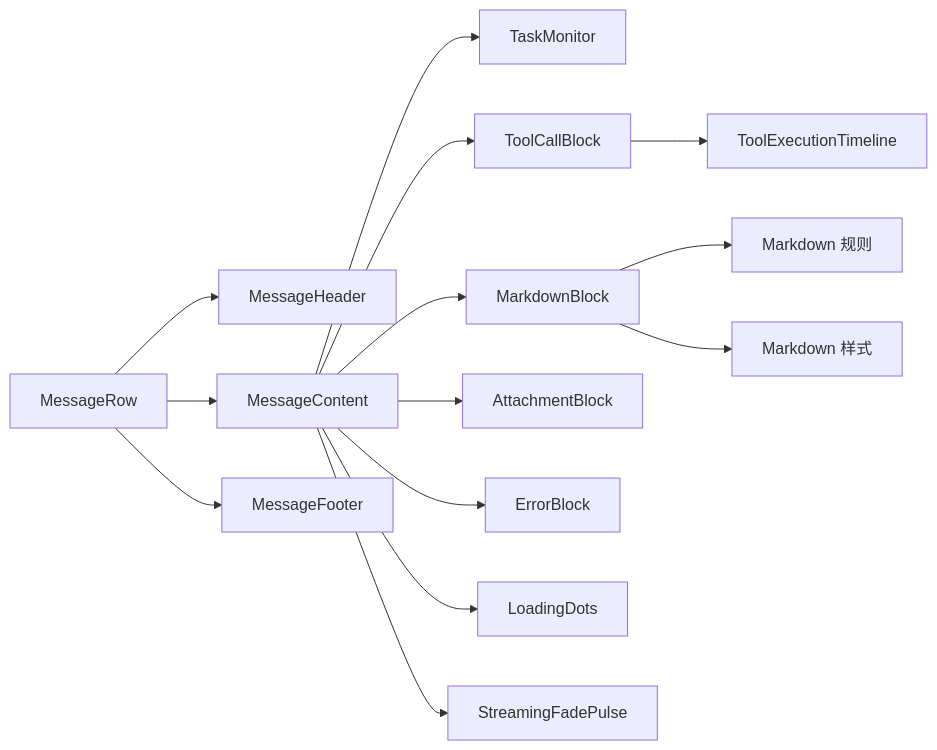
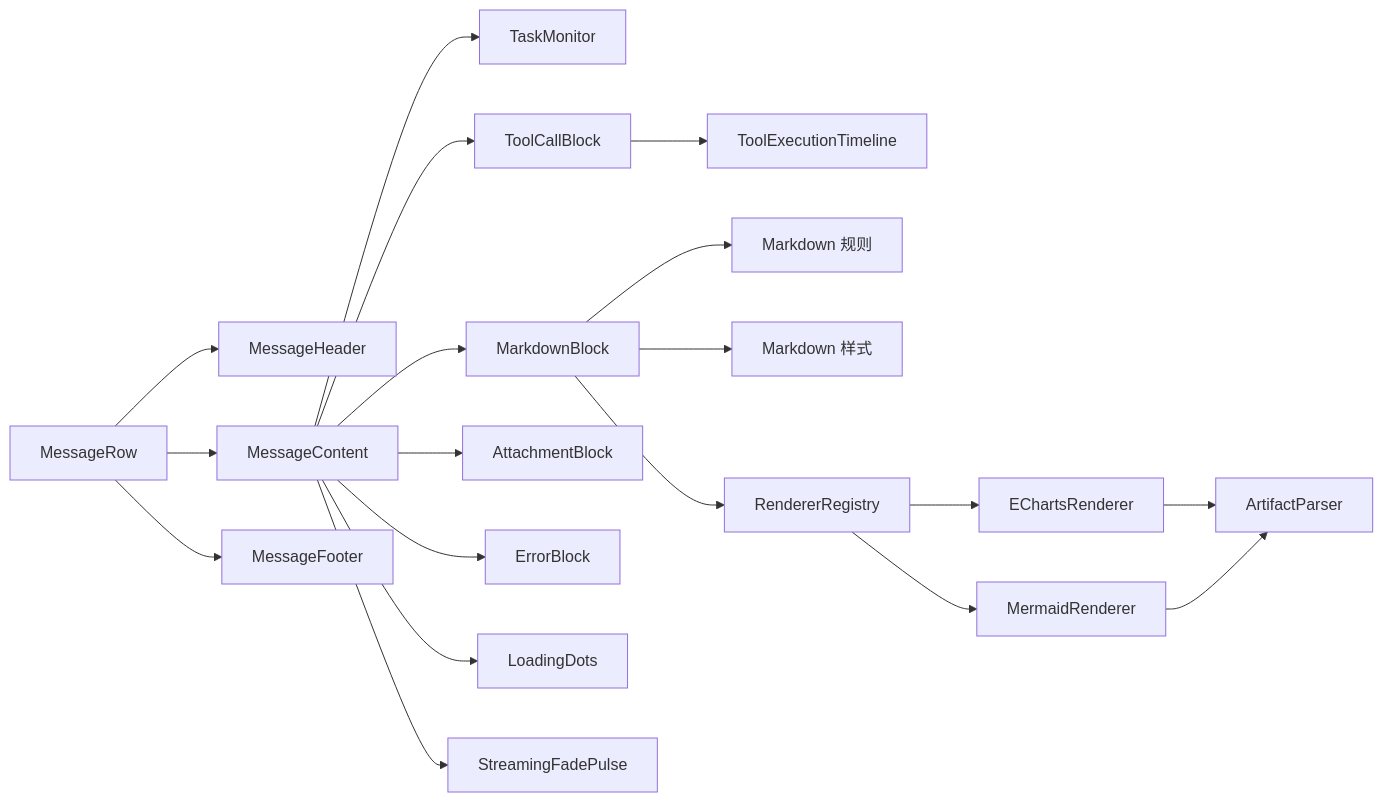
Before and after one commit to NarcisWL/Nexara: the tenth of 11 diagrams in .qoder/repowiki/zh/content/UI组件系统/聊天组件.md, drawn with Mermaid. The commit also changed other lines of this file and 4 other files, not shown here.

````diff
--- a/.qoder/repowiki/zh/content/UI组件系统/聊天组件.md
+++ b/.qoder/repowiki/zh/content/UI组件系统/聊天组件.md
@@ -374,16 +536,21 @@
 ```mermaid
 graph LR
 MessageRow --> MessageHeader
 MessageRow --> MessageContent
 MessageRow --> MessageFooter
 MessageContent --> TaskMonitor
 MessageContent --> ToolCallBlock
 ToolCallBlock --> ToolExecutionTimeline
 MessageContent --> MarkdownBlock
 MessageContent --> AttachmentBlock
 MessageContent --> ErrorBlock
 MessageContent --> LoadingDots
 MessageContent --> StreamingFadePulse
 MarkdownBlock --> MarkdownRules["Markdown 规则"]
 MarkdownBlock --> MarkdownStyles["Markdown 样式"]
+MarkdownBlock --> RendererRegistry["RendererRegistry"]
+RendererRegistry --> EChartsRenderer["EChartsRenderer"]
+RendererRegistry --> MermaidRenderer["MermaidRenderer"]
+EChartsRenderer --> ArtifactParser["ArtifactParser"]
+MermaidRenderer --> ArtifactParser
 ```
````
